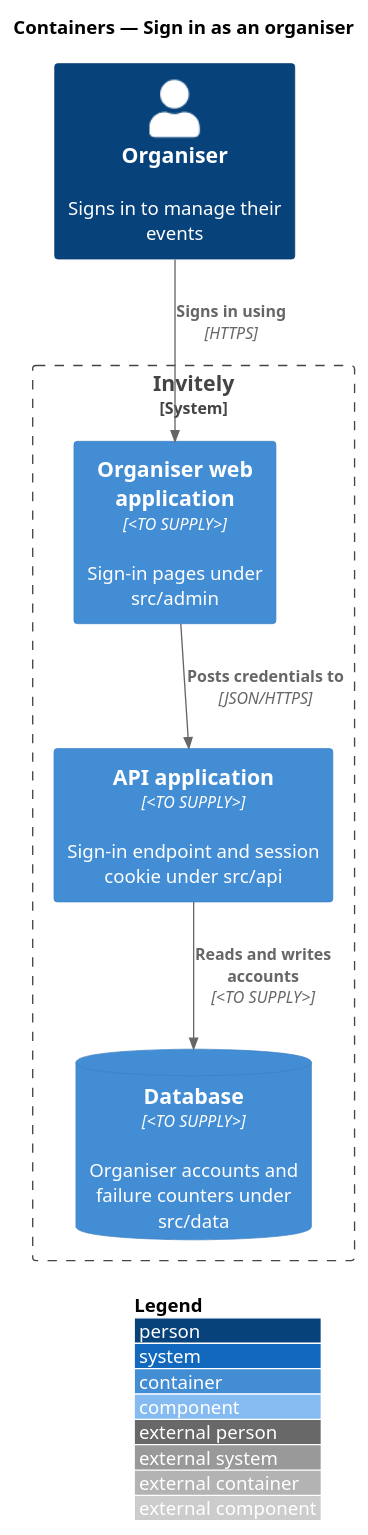
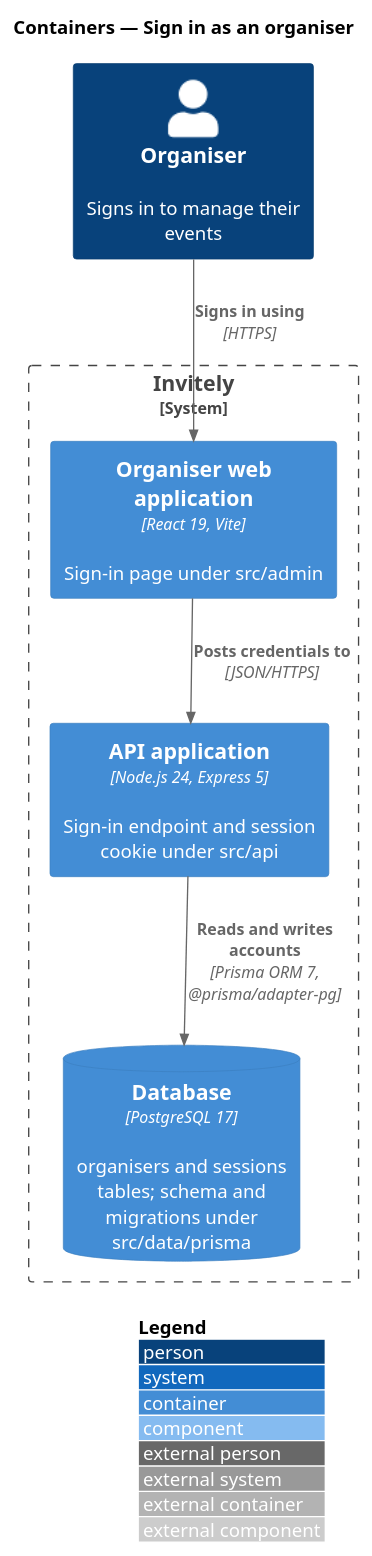
One commit to QuinntyneBrown/rsvp-cms changed the diagram in docs/detailed-designs/accounts/sign-in-organiser/diagrams/c4-container.puml. Above: the diagram before and after it, drawn with PlantUML. The commit also changed 45 other files, not shown here.

Commit message:
Add design-system component pages and tokens.json, fill in technologies in design diagrams

```diff
--- a/docs/detailed-designs/accounts/sign-in-organiser/diagrams/c4-container.puml
+++ b/docs/detailed-designs/accounts/sign-in-organiser/diagrams/c4-container.puml
@@ -1,16 +1,16 @@
 @startuml
 !include <C4/C4_Component>
 LAYOUT_WITH_LEGEND()
 title Containers — Sign in as an organiser
 
 Person(organiser, "Organiser", "Signs in to manage their events")
 System_Boundary(invitely, "Invitely") {
-  Container(admin, "Organiser web application", "<TO SUPPLY>", "Sign-in pages under src/admin")
-  Container(api, "API application", "<TO SUPPLY>", "Sign-in endpoint and session cookie under src/api")
-  ContainerDb(db, "Database", "<TO SUPPLY>", "Organiser accounts and failure counters under src/data")
+  Container(admin, "Organiser web application", "React 19, Vite", "Sign-in page under src/admin")
+  Container(api, "API application", "Node.js 24, Express 5", "Sign-in endpoint and session cookie under src/api")
+  ContainerDb(db, "Database", "PostgreSQL 17", "organisers and sessions tables; schema and migrations under src/data/prisma")
 }
 
 Rel(organiser, admin, "Signs in using", "HTTPS")
 Rel(admin, api, "Posts credentials to", "JSON/HTTPS")
-Rel(api, db, "Reads and writes accounts", "<TO SUPPLY>")
+Rel(api, db, "Reads and writes accounts", "Prisma ORM 7, @prisma/adapter-pg")
 @enduml
```
